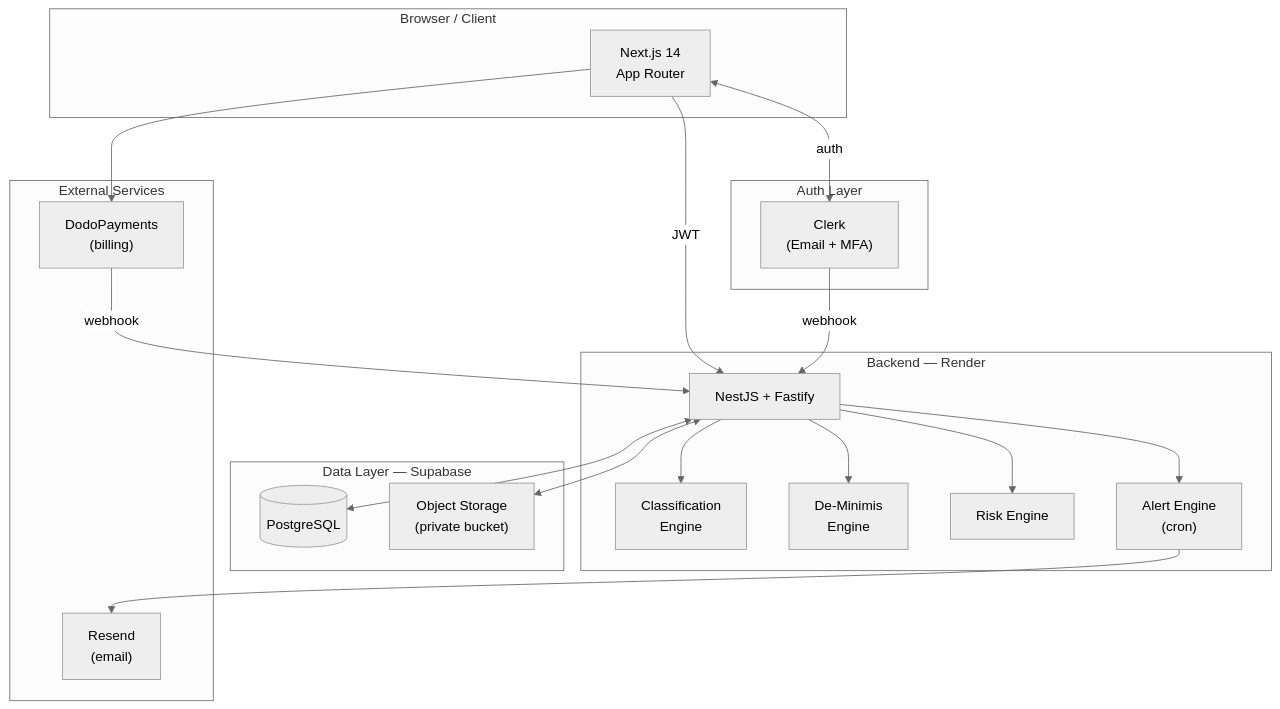
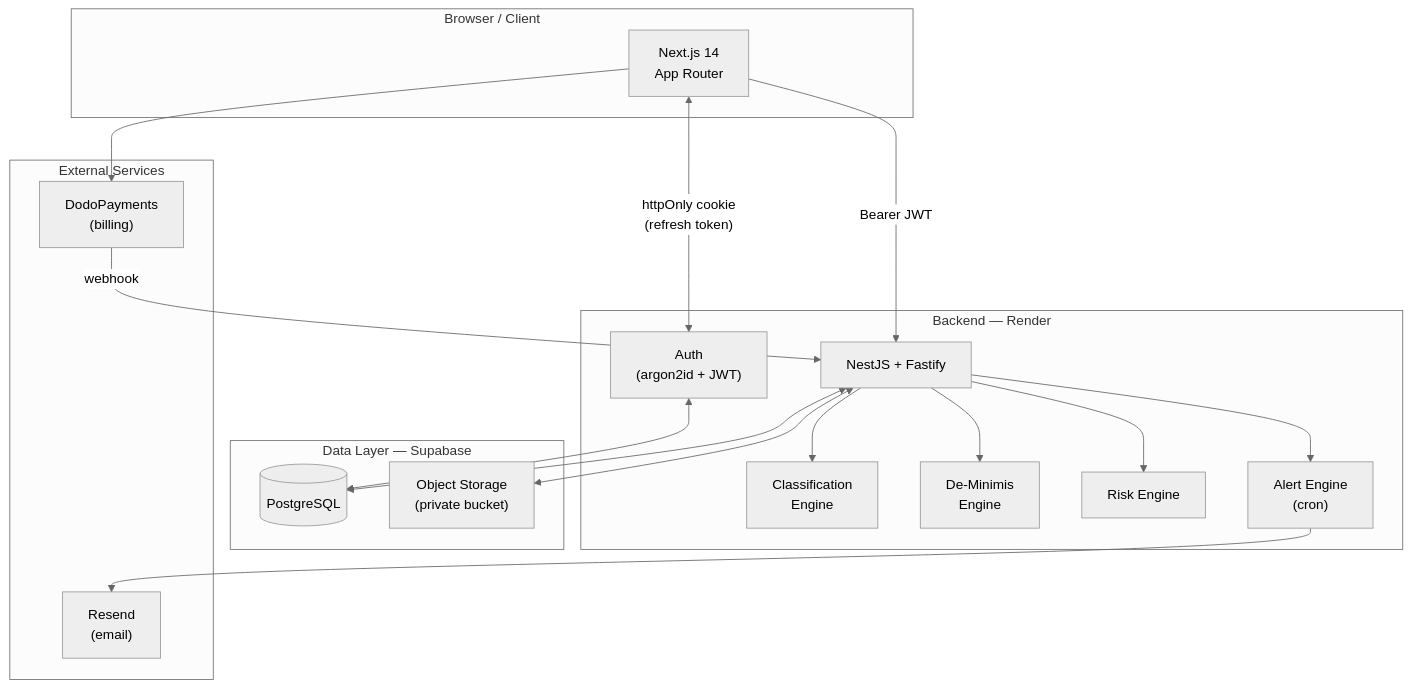
The first of 2 diagrams in README.md (ashucfx/tax-sentry-uae), drawn with Mermaid (neutral theme) before and after one commit. The commit also changed other lines of this file, not shown here.

Commit message:
docs: expand README with architecture overview, setup steps, and env reference

````diff
--- a/README.md
+++ b/README.md
@@ -47,41 +47,38 @@
 ```mermaid
 graph TB
     subgraph Client ["Browser / Client"]
         FE["Next.js 14<br/>App Router"]
     end
 
-    subgraph Auth ["Auth Layer"]
-        CL["Clerk<br/>(Email + MFA)"]
-    end
-
     subgraph API ["Backend — Render"]
         NE["NestJS + Fastify"]
+        AU["Auth<br/>(argon2id + JWT)"]
         CE["Classification<br/>Engine"]
         DE["De-Minimis<br/>Engine"]
         RE["Risk Engine"]
         AE["Alert Engine<br/>(cron)"]
     end
 
     subgraph Data ["Data Layer — Supabase"]
         PG[("PostgreSQL")]
         ST["Object Storage<br/>(private bucket)"]
     end
 
     subgraph Ext ["External Services"]
         RS["Resend<br/>(email)"]
         DP["DodoPayments<br/>(billing)"]
     end
 
-    FE -->|"JWT"| NE
-    FE <-->|"auth"| CL
-    CL -->|"webhook"| NE
+    FE -->|"Bearer JWT"| NE
+    FE <-->|"httpOnly cookie<br/>(refresh token)"| AU
+    AU <--> PG
     NE --> CE
     NE --> DE
     NE --> RE
     NE --> AE
     NE <--> PG
     NE <--> ST
     AE --> RS
     FE --> DP
     DP -->|"webhook"| NE
 ```
````
